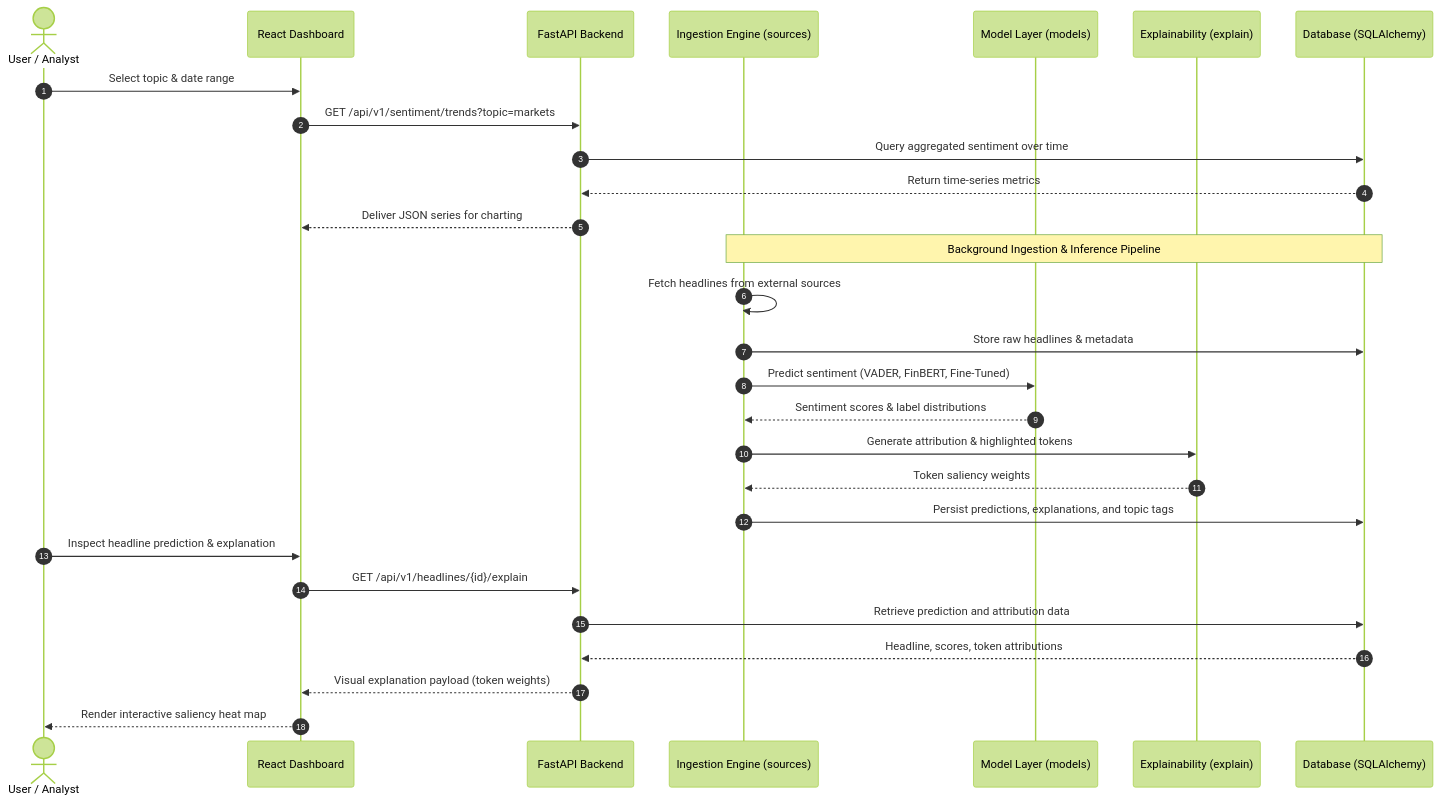
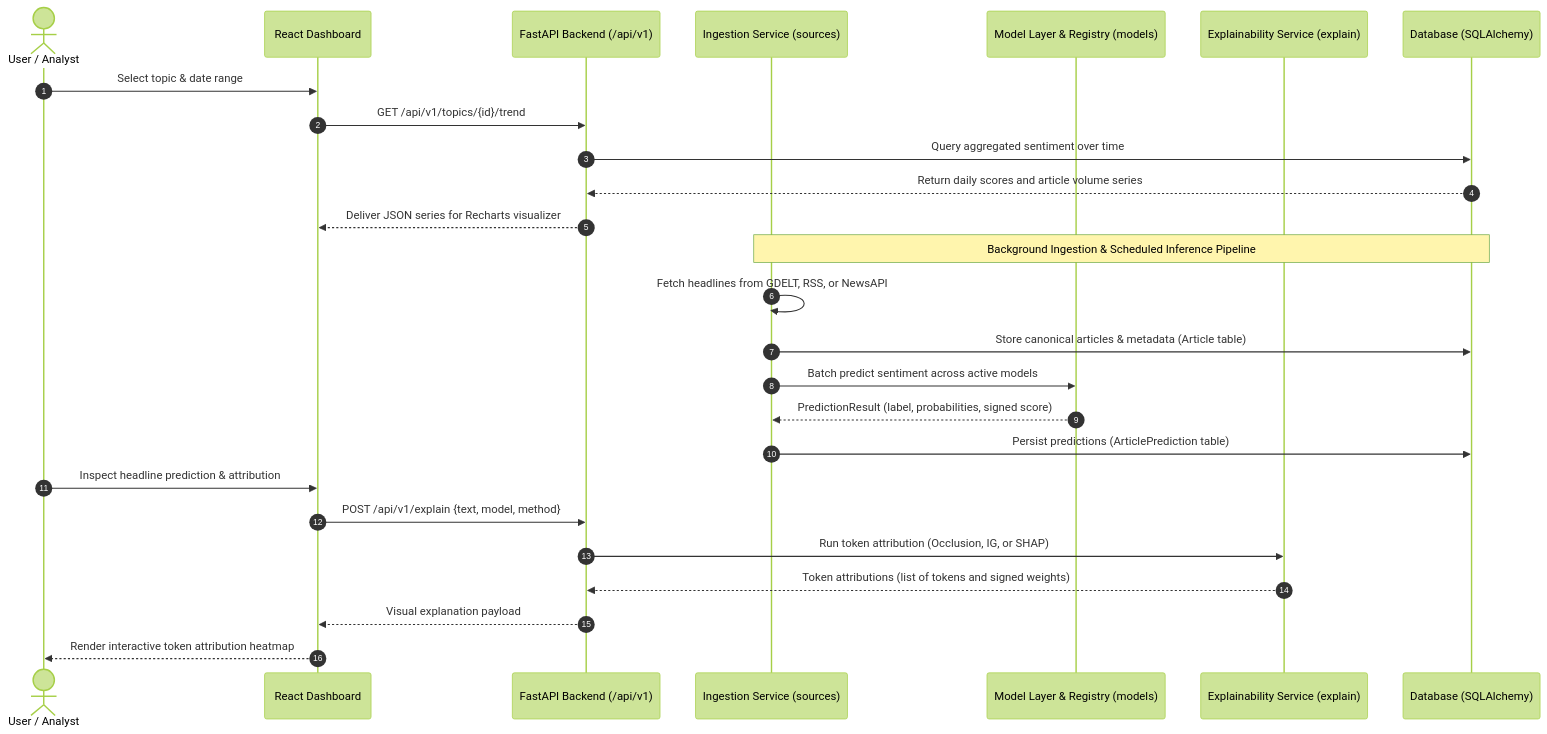
One commit to Dhrupal-01/Sentiment-Analyzer changed the second of 2 diagrams in docs/ARCHITECTURE.md. Above: the diagram before and after it, drawn with Mermaid (forest theme). The commit also changed other lines of this file, not shown here.

Commit message:
docs: reconcile architecture specification with current codebase

````diff
--- a/docs/ARCHITECTURE.md
+++ b/docs/ARCHITECTURE.md
@@ -92,33 +91,31 @@
 ```mermaid
 sequenceDiagram
     autonumber
     actor User as User / Analyst
     participant UI as React Dashboard
-    participant API as FastAPI Backend
-    participant Ingest as Ingestion Engine (sources)
-    participant Models as Model Layer (models)
-    participant Explain as Explainability (explain)
+    participant API as FastAPI Backend (/api/v1)
+    participant Ingest as Ingestion Service (sources)
+    participant Models as Model Layer & Registry (models)
+    participant Explain as Explainability Service (explain)
     participant DB as Database (SQLAlchemy)
 
     User->>UI: Select topic & date range
-    UI->>API: GET /api/v1/sentiment/trends?topic=markets
+    UI->>API: GET /api/v1/topics/{id}/trend
     API->>DB: Query aggregated sentiment over time
-    DB-->>API: Return time-series metrics
-    API-->>UI: Deliver JSON series for charting
+    DB-->>API: Return daily scores and article volume series
+    API-->>UI: Deliver JSON series for Recharts visualizer
 
-    Note over Ingest,DB: Background Ingestion & Inference Pipeline
-    Ingest->>Ingest: Fetch headlines from external sources
-    Ingest->>DB: Store raw headlines & metadata
-    Ingest->>Models: Predict sentiment (VADER, FinBERT, Fine-Tuned)
-    Models-->>Ingest: Sentiment scores & label distributions
-    Ingest->>Explain: Generate attribution & highlighted tokens
-    Explain-->>Ingest: Token saliency weights
-    Ingest->>DB: Persist predictions, explanations, and topic tags
+    Note over Ingest,DB: Background Ingestion & Scheduled Inference Pipeline
+    Ingest->>Ingest: Fetch headlines from GDELT, RSS, or NewsAPI
+    Ingest->>DB: Store canonical articles & metadata (Article table)
+    Ingest->>Models: Batch predict sentiment across active models
+    Models-->>Ingest: PredictionResult (label, probabilities, signed score)
+    Ingest->>DB: Persist predictions (ArticlePrediction table)
 
-    User->>UI: Inspect headline prediction & explanation
-    UI->>API: GET /api/v1/headlines/{id}/explain
-    API->>DB: Retrieve prediction and attribution data
-    DB-->>API: Headline, scores, token attributions
-    API-->>UI: Visual explanation payload (token weights)
-    UI-->>User: Render interactive saliency heat map
+    User->>UI: Inspect headline prediction & attribution
+    UI->>API: POST /api/v1/explain {text, model, method}
+    API->>Explain: Run token attribution (Occlusion, IG, or SHAP)
+    Explain-->>API: Token attributions (list of tokens and signed weights)
+    API-->>UI: Visual explanation payload
+    UI-->>User: Render interactive token attribution heatmap
 ```
````
